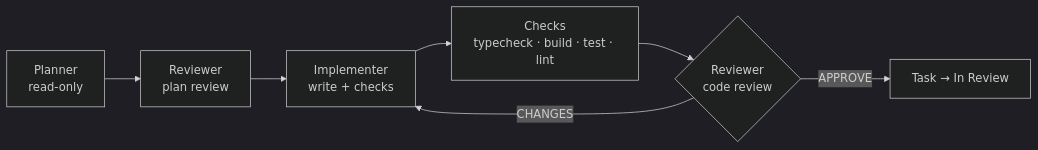
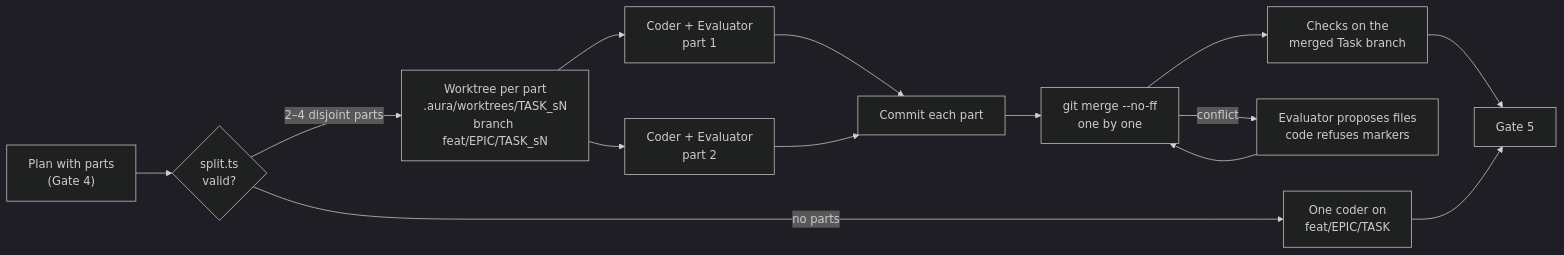
The fourth of 9 diagrams in docs/ARCHITECTURE.md (HasithaErandika/aura), drawn with Mermaid (dark theme) before and after one commit. The commit also changed other lines of this file and 41 other files, not shown here.

First line of the commit message:
docs: describe the VS Code workflow, mark completed plans, rewrite the roadmap

````diff
--- a/docs/ARCHITECTURE.md
+++ b/docs/ARCHITECTURE.md
@@ -141,9 +177,12 @@
 ```mermaid
 flowchart LR
-    P["Planner<br/>read-only"] --> R1["Reviewer<br/>plan review"]
-    R1 --> I["Implementer<br/>write + checks"]
-    I --> C["Checks<br/>typecheck · build · test · lint"]
-    C --> R2{"Reviewer<br/>code review"}
-    R2 -->|"CHANGES"| I
-    R2 -->|"APPROVE"| DONE["Task → In Review"]
+    P["Plan with parts<br/>(Gate 4)"] --> S{"split.ts<br/>valid?"}
+    S -- "no parts" --> ONE["One coder on<br/>feat/EPIC/TASK"]
+    S -- "2–4 disjoint parts" --> W["Worktree per part<br/>.aura/worktrees/TASK_sN<br/>branch feat/EPIC/TASK_sN"]
+    W --> L1["Coder + Evaluator<br/>part 1"] & L2["Coder + Evaluator<br/>part 2"]
+    L1 & L2 --> C["Commit each part"] --> M["git merge --no-ff<br/>one by one"]
+    M -- conflict --> E["Evaluator proposes files<br/>code refuses markers"]
+    E --> M
+    M --> K["Checks on the<br/>merged Task branch"] --> G5["Gate 5"]
+    ONE --> G5
 ```
````
